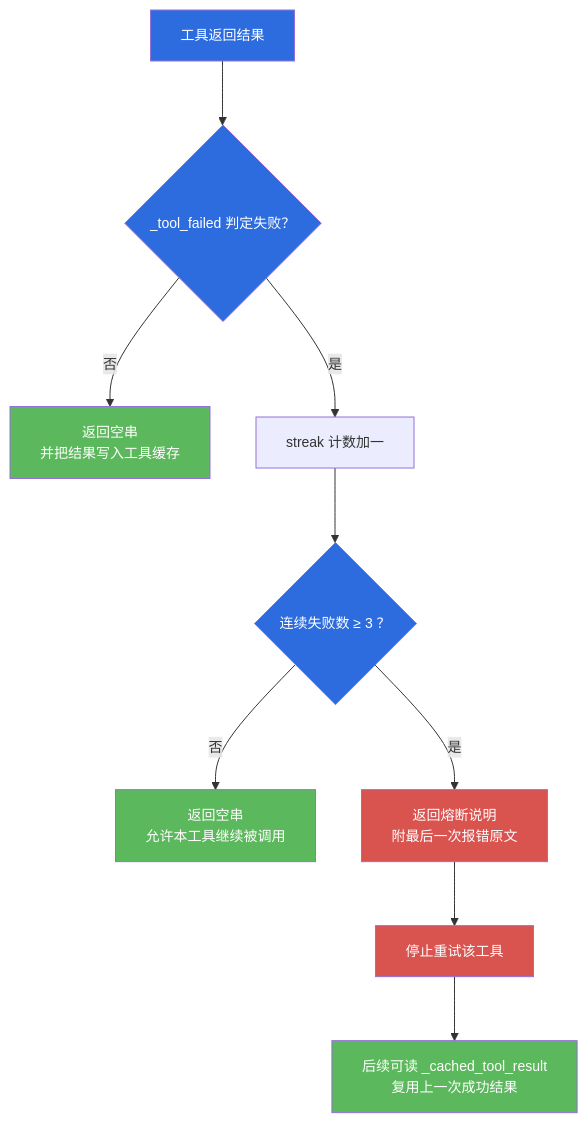
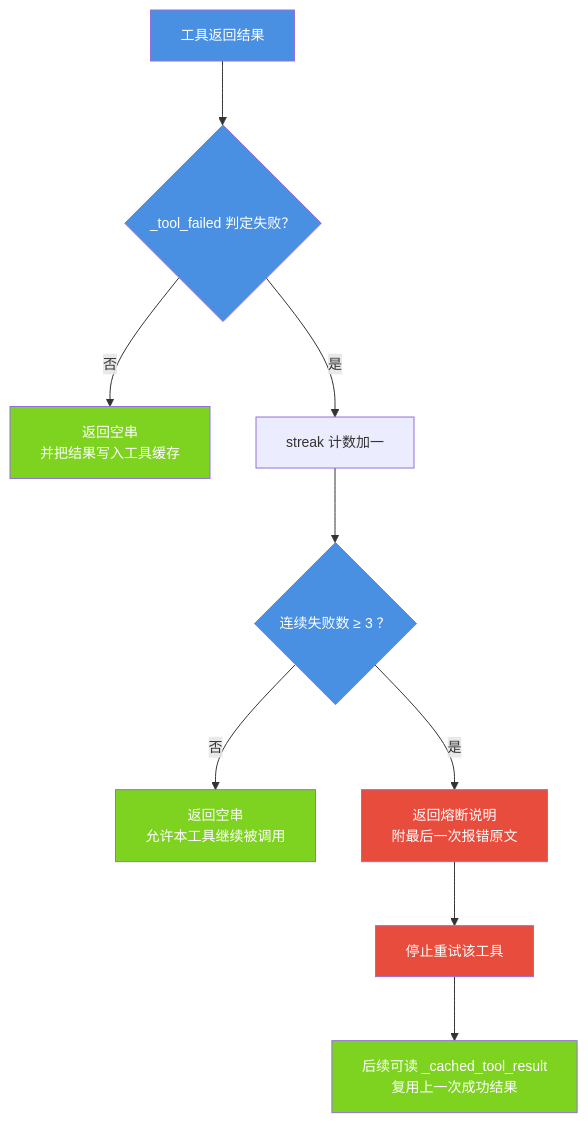
Before and after one commit to jiangchuangege/xiaojiao-harnees: the fourth of 5 diagrams in docs/modules/01-carrier-core.md, drawn with Mermaid. The commit also changed other lines of this file and 32 other files, not shown here.

Commit message:
统一：全仓原理图配色到一套调色板 + 给 12 张灰图补色 + 修正自己会睡那张过期图

````diff
--- a/docs/modules/01-carrier-core.md
+++ b/docs/modules/01-carrier-core.md
@@ -216,20 +216,20 @@
 ```mermaid
 %%{init: {"themeVariables": {"fontSize": "14px"}, "flowchart": {"htmlLabels": true, "wrappingWidth": 340, "nodeSpacing": 46, "rankSpacing": 64, "useMaxWidth": true}}}%%
 flowchart TB
     R["工具返回结果"] --> F{"_tool_failed 判定失败？"}
     F -->|否| OK["返回空串<br/>并把结果写入工具缓存"]
     F -->|是| N["streak 计数加一"]
     N --> C{"连续失败数 ≥ 3 ？"}
     C -->|否| RETRY["返回空串<br/>允许本工具继续被调用"]
     C -->|是| BR["返回熔断说明<br/>附最后一次报错原文"]
     BR --> STOP["停止重试该工具"]
     STOP --> CACHE["后续可读 _cached_tool_result<br/>复用上一次成功结果"]
-    style R fill:#2d6cdf,color:#fff
-    style F fill:#2d6cdf,color:#fff
-    style C fill:#2d6cdf,color:#fff
-    style BR fill:#d9534f,color:#fff
-    style STOP fill:#d9534f,color:#fff
-    style OK fill:#5cb85c,color:#fff
-    style RETRY fill:#5cb85c,color:#fff
-    style CACHE fill:#5cb85c,color:#fff
+    style R fill:#4A90E2,color:#fff
+    style F fill:#4A90E2,color:#fff
+    style C fill:#4A90E2,color:#fff
+    style BR fill:#E74C3C,color:#fff
+    style STOP fill:#E74C3C,color:#fff
+    style OK fill:#7ED321,color:#fff
+    style RETRY fill:#7ED321,color:#fff
+    style CACHE fill:#7ED321,color:#fff
 ```
````
